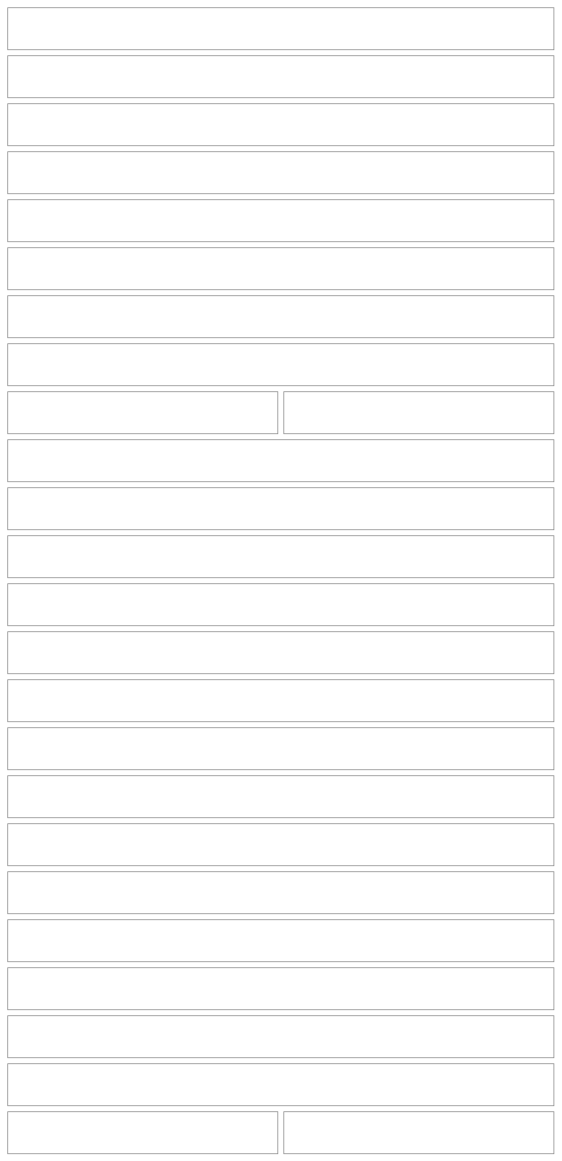
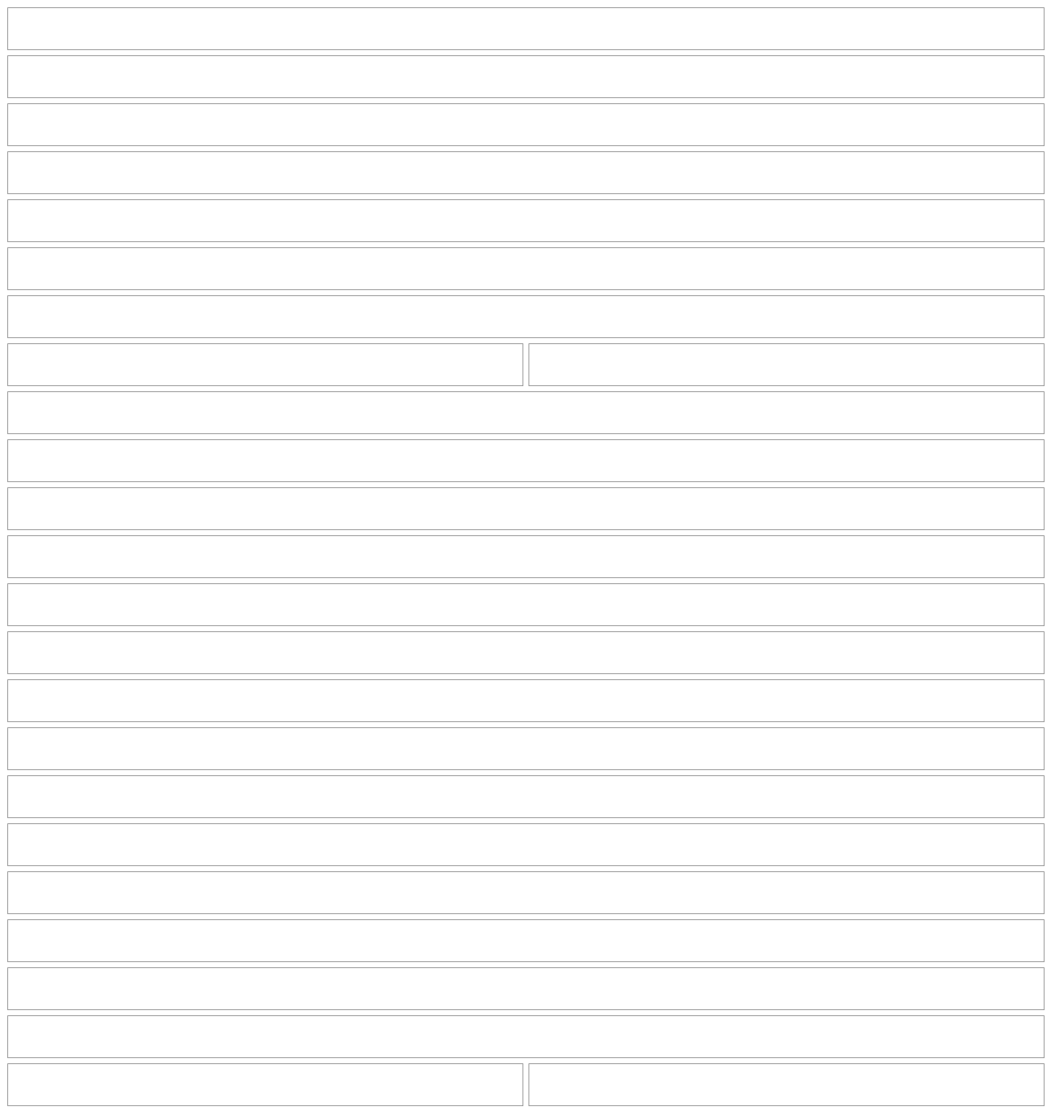
Diagram 20 of 54 in src/apps/pinch/UX.md (NovaMoonX/moondreams-dev-apps), drawn with Mermaid before and after one commit. The commit also changed other lines of this file, not shown here.

First line of the commit message:
Pinch audit docs, pass 2: UX.md follows the last four workstreams

````diff
--- a/src/apps/pinch/UX.md
+++ b/src/apps/pinch/UX.md
@@ -662,57 +663,55 @@
 ```mermaid
 %%{init: {'theme': 'base', 'themeVariables': {'primaryColor': 'transparent', 'primaryBorderColor': '#888888', 'primaryTextColor': '#333333', 'lineColor': '#888888'}}}%%
 block-beta
   columns 2
   T1["Adobo chicken"]:2
-  T1b["Sticky, tangy chicken thighs braised in soy and vinegar. (clamped at four lines, More)"]:2
-  T2["🍽️ 4 servings · 🔪 Prep 10 min · ⏲️ Cook 35 min · 💰 $3.20+ per serving ⚠ · 📖 From Serious Eats"]:2
-  T3["✅ Last made Oct 12 (· changed Oct 14 only when a change is newer than the last cook)"]:2
-  T3b["🥛 3 servings in your fridge, eat by Oct 17 (the stock lines, only when something is put away)"]:2
-  T3c["📝 Last time (Oct 12): Much better with less vinegar… (two lines; opens the Notes)"]:2
-  T3d["Start cooking · I cooked this · Shopping list · Put some away · History (chips)"]:2
+  T1a["From Serious Eats  (a quiet underlined link under the title; shows the recipes from there)"]:2
+  T1b["Sticky, tangy chicken thighs braised in soy and vinegar. (two lines, More)"]:2
+  T2["4 servings · 45 min · $3.20+ per serving ⚠  (the cost only once something is priced)"]:2
+  T3["✅ Cooked 3 times, last Oct 12 ›  ·  🥛 5 in the fridge [Eat by tomorrow] / ❄️ 5 in the freezer ›  ·  📝 Last time: double the garlic… ›  (one tinted block, a row each, only when there is something in it)"]:2
+  T3d["Plan it / Start cooking · I cooked this · Shopping list · Put some away (chips)"]:2
   T7["INGREDIENTS (a count only past ten)"]:2
   T8["Chicken thighs<br/>No price yet (only in a partly priced recipe)"]:1
   T9["2 lb"]:1
   T4["$12.80 so far · Cost · For 4 servings (no tile while nothing is priced)"]:2
   T5["Per serving 🔥 495 · 💪 61g (when on)"]:2
   T6["Lime juice and 3 more need a price · Add prices   Not now"]:2
   T10["STEPS"]:2
   T11["1. Marinate the chicken…"]:2
   C1["KEEPING IT (only when there is something to say)"]:2
   C2["🧊 Keeps 3 days in the fridge · ❄️ Keeps 3 months in the freezer"]:2
   C3["♨️ Reheat: warm it in a covered pan… · 💡 the tip, in your words"]:2
   N1["NOTES (a count only past ten or while some are folded)"]:2
   N2["Add a note · Something to remember next time"]:2
   N3["Oct 11 · Edit · After cooking on Oct 11 · Much better with less vinegar… (More) · Apply to the recipe"]:2
   N4["Changed on Oct 6 · Tweak · Edit · You changed: White vinegar 0.5 → 0.25 cup · the why"]:2
   N5["Sep 30 · Edit · Mom says a splash of… · Written before your Oct 6 tweak"]:2
   N6["Show 7 more (past five entries, when more than three would hide)"]:2
   T12["Modify"]:1
   T13["Plan it (Start cooking when it is on today's plan)"]:1
   style T1 fill:transparent,stroke:#888888,stroke-width:1px;
+  style T1a fill:transparent,stroke:#888888,stroke-width:1px;
   style T1b fill:transparent,stroke:#888888,stroke-width:1px;
   style T2 fill:transparent,stroke:#888888,stroke-width:1px;
   style T3 fill:transparent,stroke:#888888,stroke-width:1px;
-  style T3b fill:transparent,stroke:#888888,stroke-width:1px;
-  style T3c fill:transparent,stroke:#888888,stroke-width:1px;
   style T3d fill:transparent,stroke:#888888,stroke-width:1px;
   style T4 fill:transparent,stroke:#888888,stroke-width:1px;
   style T5 fill:transparent,stroke:#888888,stroke-width:1px;
   style T6 fill:transparent,stroke:#888888,stroke-width:1px;
   style T7 fill:transparent,stroke:#888888,stroke-width:1px;
   style T8 fill:transparent,stroke:#888888,stroke-width:1px;
   style T9 fill:transparent,stroke:#888888,stroke-width:1px;
   style T10 fill:transparent,stroke:#888888,stroke-width:1px;
   style T11 fill:transparent,stroke:#888888,stroke-width:1px;
   style C1 fill:transparent,stroke:#888888,stroke-width:1px;
   style C2 fill:transparent,stroke:#888888,stroke-width:1px;
   style C3 fill:transparent,stroke:#888888,stroke-width:1px;
   style T12 fill:transparent,stroke:#888888,stroke-width:1px;
   style T13 fill:transparent,stroke:#888888,stroke-width:1px;
   style N1 fill:transparent,stroke:#888888,stroke-width:1px;
   style N2 fill:transparent,stroke:#888888,stroke-width:1px;
   style N3 fill:transparent,stroke:#888888,stroke-width:1px;
   style N4 fill:transparent,stroke:#888888,stroke-width:1px;
   style N5 fill:transparent,stroke:#888888,stroke-width:1px;
   style N6 fill:transparent,stroke:#888888,stroke-width:1px;
 ```
````
